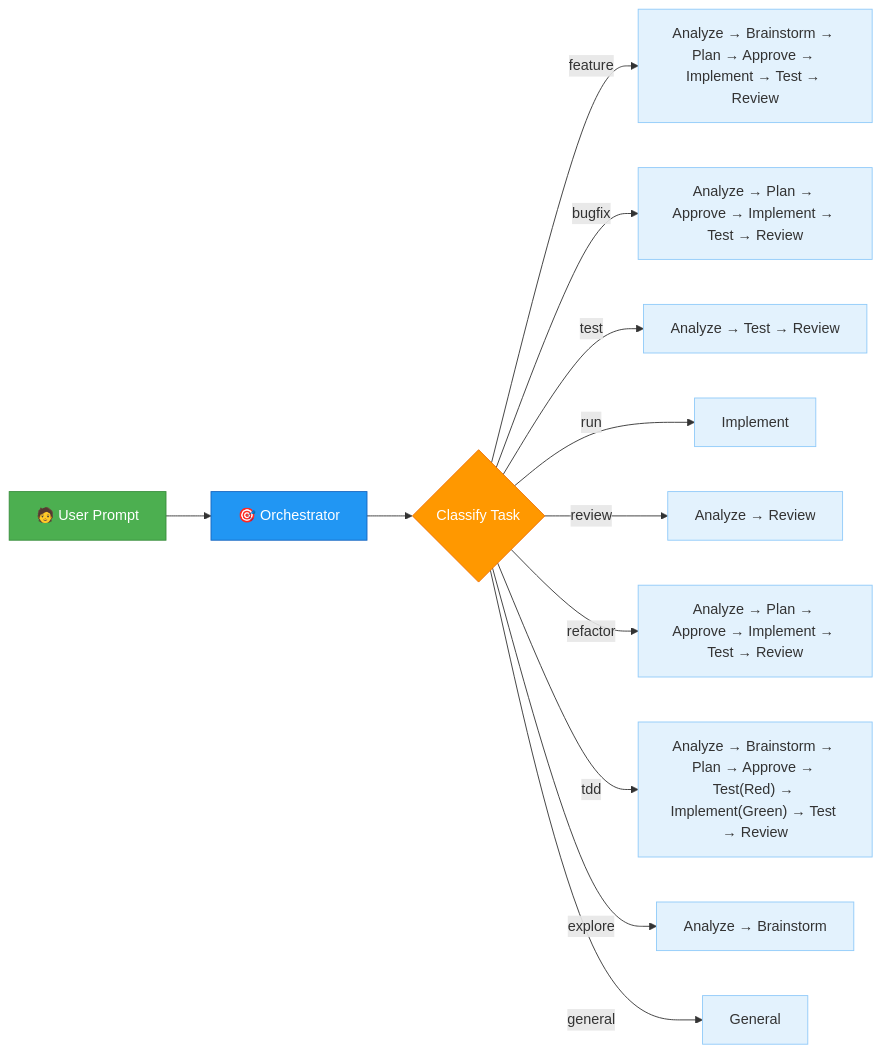
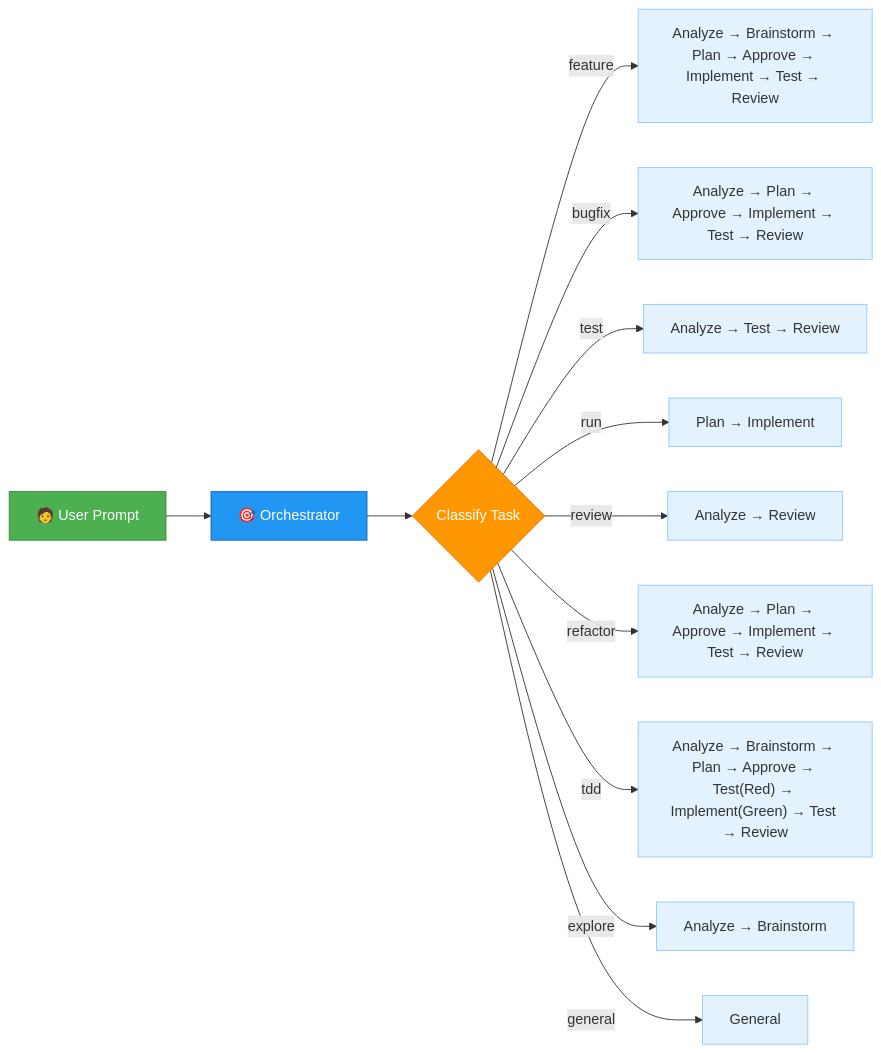
Before and after one commit to pft-IvanLim/copilot-agent: the first of 2 diagrams in README.md, drawn with Mermaid. The commit also changed other lines of this file and 2 other files, not shown here.

Commit message:
[what] Enforce plan-before-implement rule across all workflows [why] Plans constrain the Implementer to specific steps, prevent divergence, and enable progress tracking [how] Add hard rule 3b in Orchestrator, update run workflow to include Plan phase, strengthen plan-adherence and scope constraints in Implementer, update README diagrams and tables

````diff
--- a/README.md
+++ b/README.md
@@ -49,28 +49,28 @@
 ```mermaid
 flowchart LR
     A["🧑 User Prompt"] --> B["🎯 Orchestrator"]
     B --> C{"Classify Task"}
 
     C -- "feature" --> F1["Analyze → Brainstorm → Plan → Approve → Implement → Test → Review"]
     C -- "bugfix" --> F2["Analyze → Plan → Approve → Implement → Test → Review"]
     C -- "test" --> F3["Analyze → Test → Review"]
-    C -- "run" --> F4["Implement"]
+    C -- "run" --> F4["Plan → Implement"]
     C -- "review" --> F5["Analyze → Review"]
     C -- "refactor" --> F6["Analyze → Plan → Approve → Implement → Test → Review"]
     C -- "tdd" --> F7["Analyze → Brainstorm → Plan → Approve → Test(Red) → Implement(Green) → Test → Review"]
     C -- "explore" --> F8["Analyze → Brainstorm"]
     C -- "general" --> F9["General"]
 
     style A fill:#4CAF50,stroke:#388E3C,color:#fff
     style B fill:#2196F3,stroke:#1565C0,color:#fff
     style C fill:#FF9800,stroke:#EF6C00,color:#fff
     style F1 fill:#E3F2FD,stroke:#90CAF9
     style F2 fill:#E3F2FD,stroke:#90CAF9
     style F3 fill:#E3F2FD,stroke:#90CAF9
     style F4 fill:#E3F2FD,stroke:#90CAF9
     style F5 fill:#E3F2FD,stroke:#90CAF9
     style F6 fill:#E3F2FD,stroke:#90CAF9
     style F7 fill:#E3F2FD,stroke:#90CAF9
     style F8 fill:#E3F2FD,stroke:#90CAF9
     style F9 fill:#E3F2FD,stroke:#90CAF9
 ```
````
